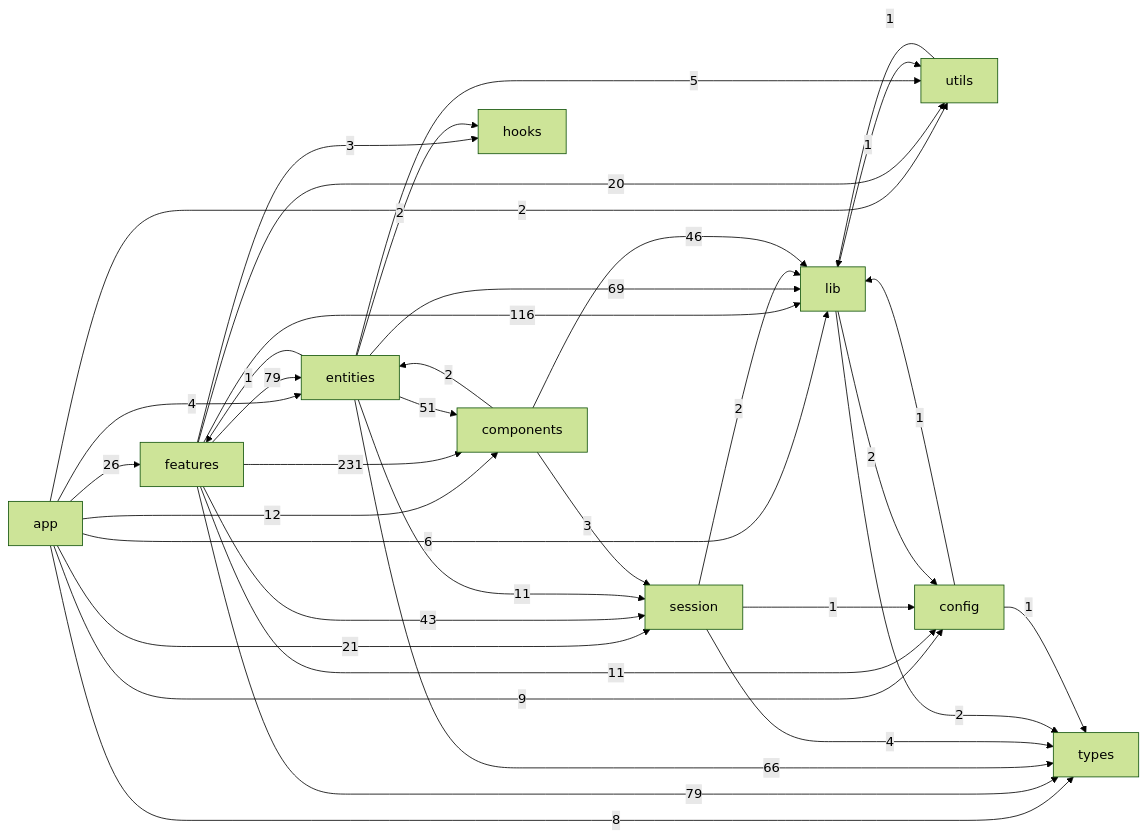
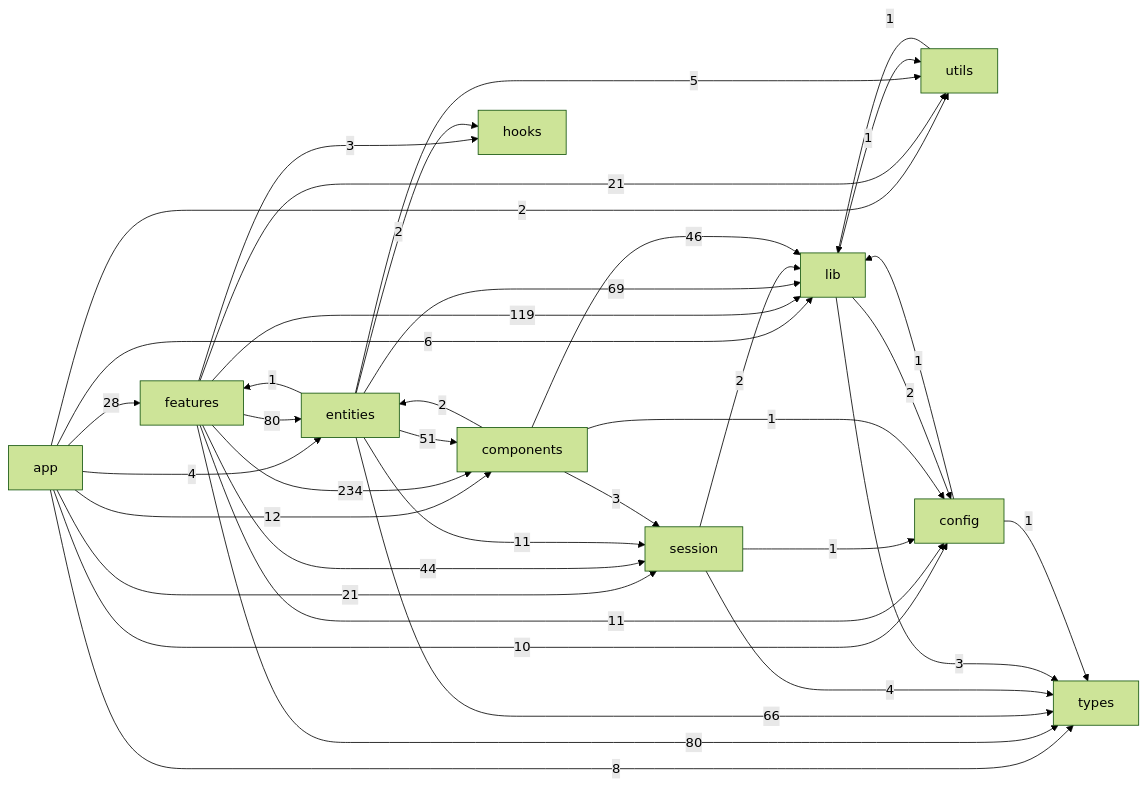
The diagram in lms_frontend/docs/generated/feature-dependency-graph.md (JohnnyZhao2/LMS), drawn with Mermaid (forest theme) before and after one commit. The commit also changed other lines of this file and 8 other files, not shown here.

````diff
--- a/lms_frontend/docs/generated/feature-dependency-graph.md
+++ b/lms_frontend/docs/generated/feature-dependency-graph.md
@@ -7,48 +7,49 @@
 ```mermaid
 flowchart LR
   app["app"]
   features["features"]
   entities["entities"]
   session["session"]
   components["components"]
   hooks["hooks"]
   lib["lib"]
   utils["utils"]
   config["config"]
   types["types"]
-  app -->|26| features
+  app -->|28| features
   app -->|4| entities
   app -->|21| session
   app -->|12| components
   app -->|6| lib
   app -->|2| utils
-  app -->|9| config
+  app -->|10| config
   app -->|8| types
-  features -->|79| entities
-  features -->|43| session
-  features -->|231| components
+  features -->|80| entities
+  features -->|44| session
+  features -->|234| components
   features -->|3| hooks
-  features -->|116| lib
-  features -->|20| utils
+  features -->|119| lib
+  features -->|21| utils
   features -->|11| config
-  features -->|79| types
+  features -->|80| types
   entities -->|1| features
   entities -->|11| session
   entities -->|51| components
   entities -->|2| hooks
   entities -->|69| lib
   entities -->|5| utils
   entities -->|66| types
   session -->|2| lib
   session -->|1| config
   session -->|4| types
   components -->|2| entities
   components -->|3| session
   components -->|46| lib
+  components -->|1| config
   lib -->|1| utils
   lib -->|2| config
-  lib -->|2| types
+  lib -->|3| types
   utils -->|1| lib
   config -->|1| lib
   config -->|1| types
 ```
````
